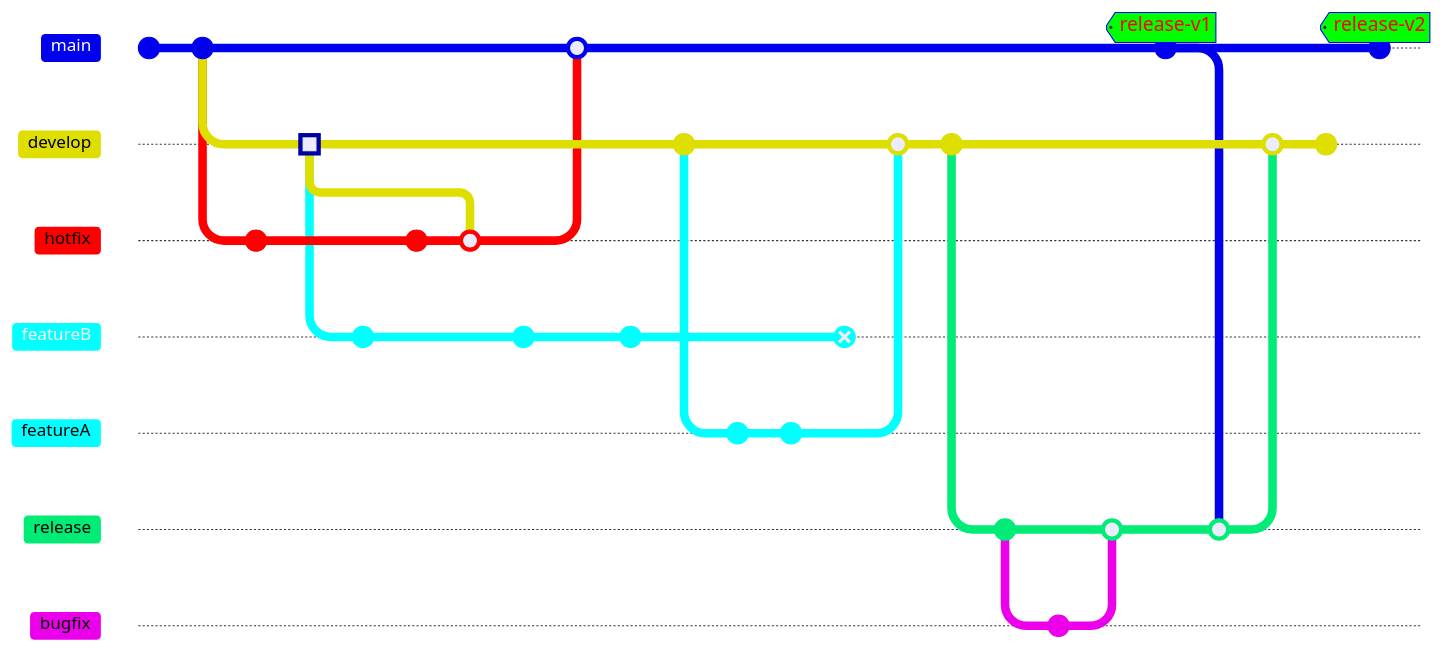
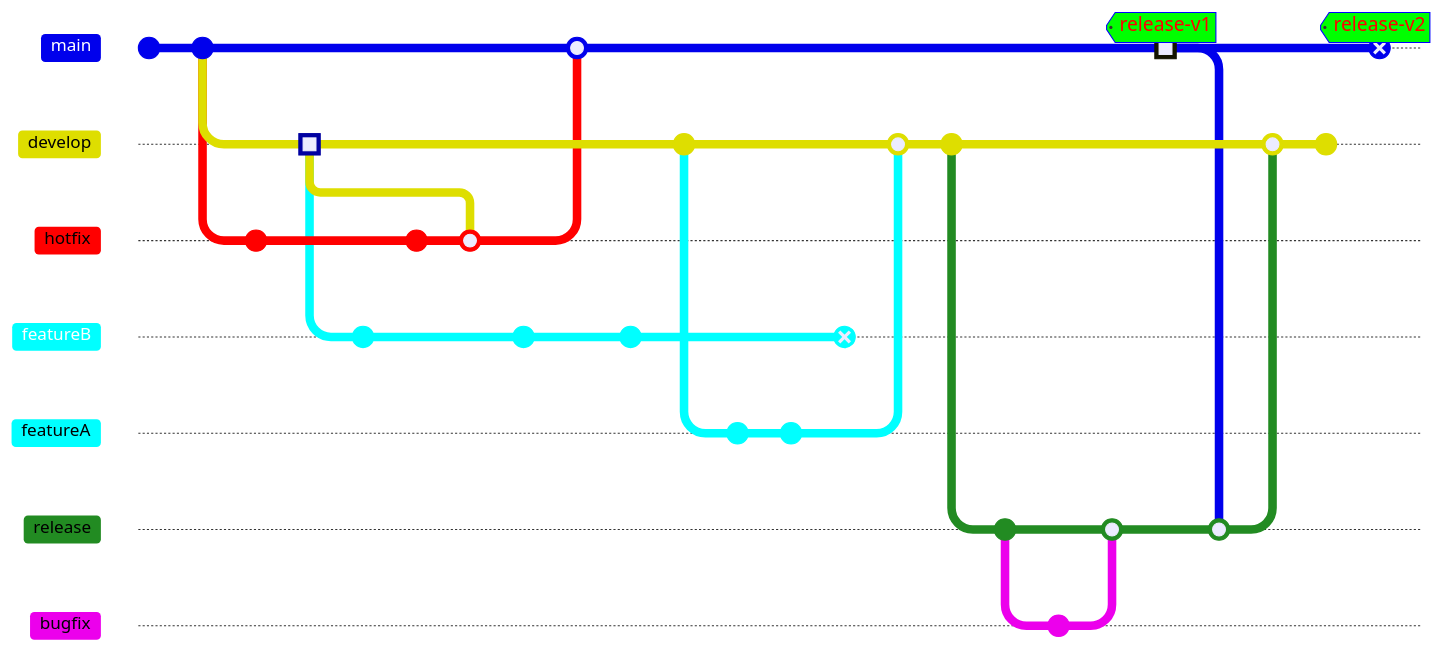
The diagram in branch.md (mevijays/training-k8s), drawn with Mermaid before and after one commit. Commit ids are hidden.

````diff
--- a/branch.md
+++ b/branch.md
@@ -2,67 +2,68 @@
  ```mermaid
  %%{init: { 'logLevel': 'debug', 'theme': 'default' , 'themeVariables': {
               'tagLabelColor': '#ff0000',
               'tagLabelBackground': '#00ff00',
               'tagLabelBorder': '#0000ff',
               'tagLabelFontSize': '18px',
               'git2': '#ff0000',
               'git3': '#00FFFF',
               'git4': '#00FFFF',
+              'git5': '#228B22',
               'commitLabelColor': '#000000',
               'commitLabelBackground': '#00ff00',
               'commitLabelFontSize': '14px'
        } } }%%
        gitGraph
         commit id: "Start"
         commit id: "Branch from main"
         branch develop
         branch hotfix
         checkout hotfix
         commit id:"fix-A"
         checkout develop
         commit id:"merge to develop" type: HIGHLIGHT
         branch featureB
         checkout featureB
         commit id:"JIRA-A"
         checkout main
         checkout hotfix
         commit type:NORMAL id:"fix-B"
         checkout hotfix
         merge develop
         checkout develop
         checkout featureB
         commit id:"JIRA-B"
         checkout main
         merge hotfix
         checkout featureB
         commit id:"JIRA-C"
         checkout develop
         commit id:"feature checkout"
         branch featureA
         commit id:"JIRA-CRC"
         checkout featureA
         commit id:"JIRA-RCL"
         checkout featureB
         commit id:"JIRA-D" type: REVERSE
         checkout develop
         merge featureA
         checkout develop
         commit id:"create release"
         branch release
         checkout release
         commit id:"bugfix checkout"
         branch bugfix
         checkout bugfix
         commit id:"BUGFIX-A"
         checkout release
         merge bugfix
         checkout main
-        commit id:"release-v1" tag:"release-v1"
+        commit id:"release-v1" tag:"release-v1" type: HIGHLIGHT
         checkout release
         merge main
         checkout develop
         merge release
         commit
         checkout main
-        commit id:"releasev2" tag:"release-v2"
+        commit id:"releasev2" tag:"release-v2" type: REVERSE
  ```
````
